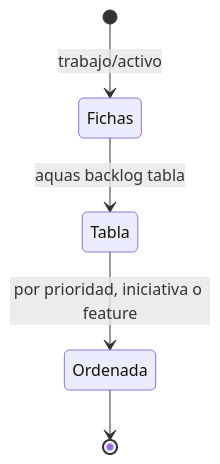
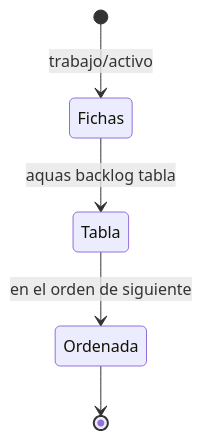
One commit to jliberal-aquas/aquas-central-harness-government changed the second of 2 diagrams in docs/E001/F007/README.md. Above: the diagram before and after it, drawn with Mermaid. The commit also changed other lines of this file and 66 other files, not shown here.

````diff
--- a/docs/E001/F007/README.md
+++ b/docs/E001/F007/README.md
@@ -33,7 +33,7 @@
 ```mermaid
 stateDiagram-v2
     [*] --> Fichas: trabajo/activo
     Fichas --> Tabla: aquas backlog tabla
-    Tabla --> Ordenada: por prioridad, iniciativa o feature
+    Tabla --> Ordenada: en el orden de siguiente
     Ordenada --> [*]
 ```
````
